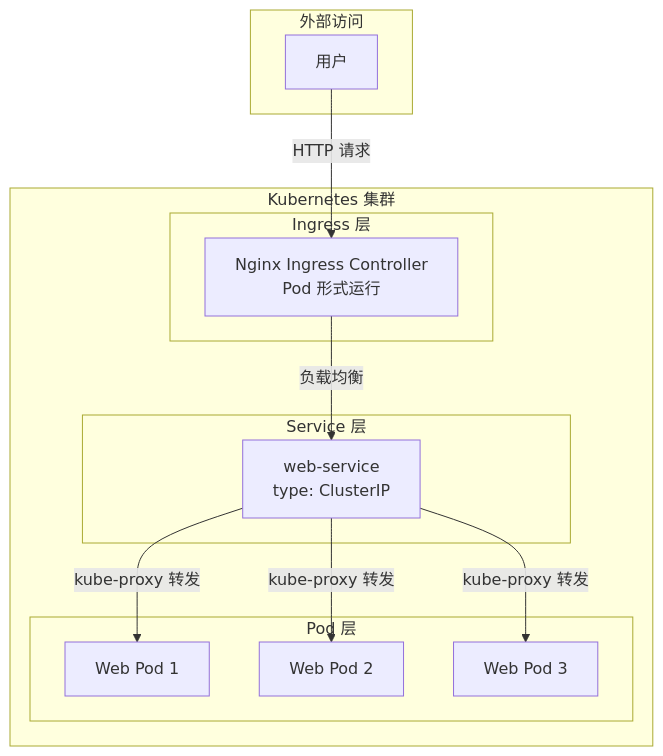
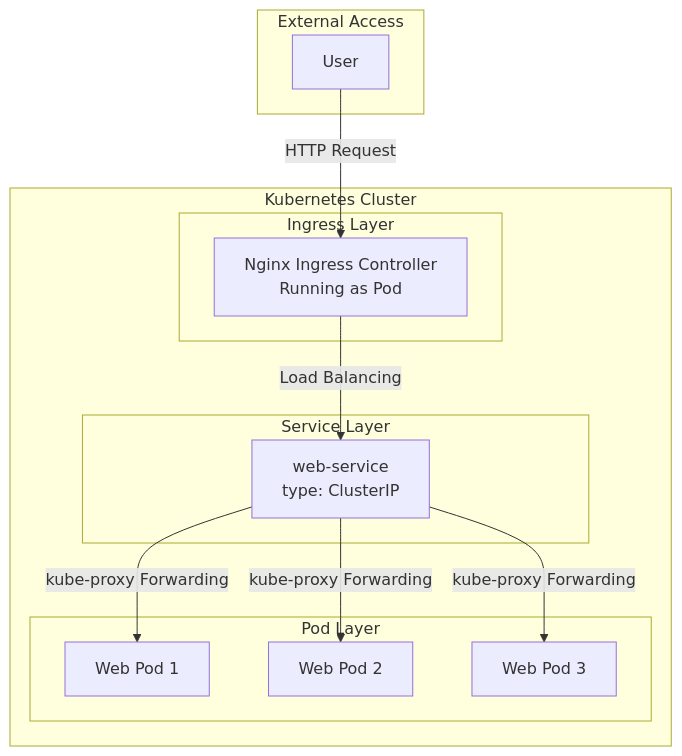
The seventh of 8 diagrams in files/k8s-lb.md (liweinan/deepseek-answers), drawn with Mermaid before and after one commit. The commit also changed other lines of this file and 135 other files, not shown here.

````diff
--- a/files/k8s-lb.md
+++ b/files/k8s-lb.md
@@ -609,28 +611,28 @@
 ```mermaid
 graph TD
-    subgraph External["外部访问"]
-        User["用户"]
+    subgraph External["External Access"]
+        User["User"]
     end
     
-    subgraph K8S["Kubernetes 集群"]
-        subgraph Ingress["Ingress 层"]
-            NginxIngress["Nginx Ingress Controller<br/>Pod 形式运行"]
+    subgraph K8S["Kubernetes Cluster"]
+        subgraph Ingress["Ingress Layer"]
+            NginxIngress["Nginx Ingress Controller<br/>Running as Pod"]
         end
         
-        subgraph Service["Service 层"]
+        subgraph Service["Service Layer"]
             WebService["web-service<br/>type: ClusterIP"]
         end
         
-        subgraph Pod["Pod 层"]
+        subgraph Pod["Pod Layer"]
             WebPod1["Web Pod 1"]
             WebPod2["Web Pod 2"]
             WebPod3["Web Pod 3"]
         end
     end
     
-    User -->|HTTP 请求| NginxIngress
-    NginxIngress -->|负载均衡| WebService
-    WebService -->|kube-proxy 转发| WebPod1
-    WebService -->|kube-proxy 转发| WebPod2
-    WebService -->|kube-proxy 转发| WebPod3
+    User -->|HTTP Request| NginxIngress
+    NginxIngress -->|Load Balancing| WebService
+    WebService -->|kube-proxy Forwarding| WebPod1
+    WebService -->|kube-proxy Forwarding| WebPod2
+    WebService -->|kube-proxy Forwarding| WebPod3
 ```
````
